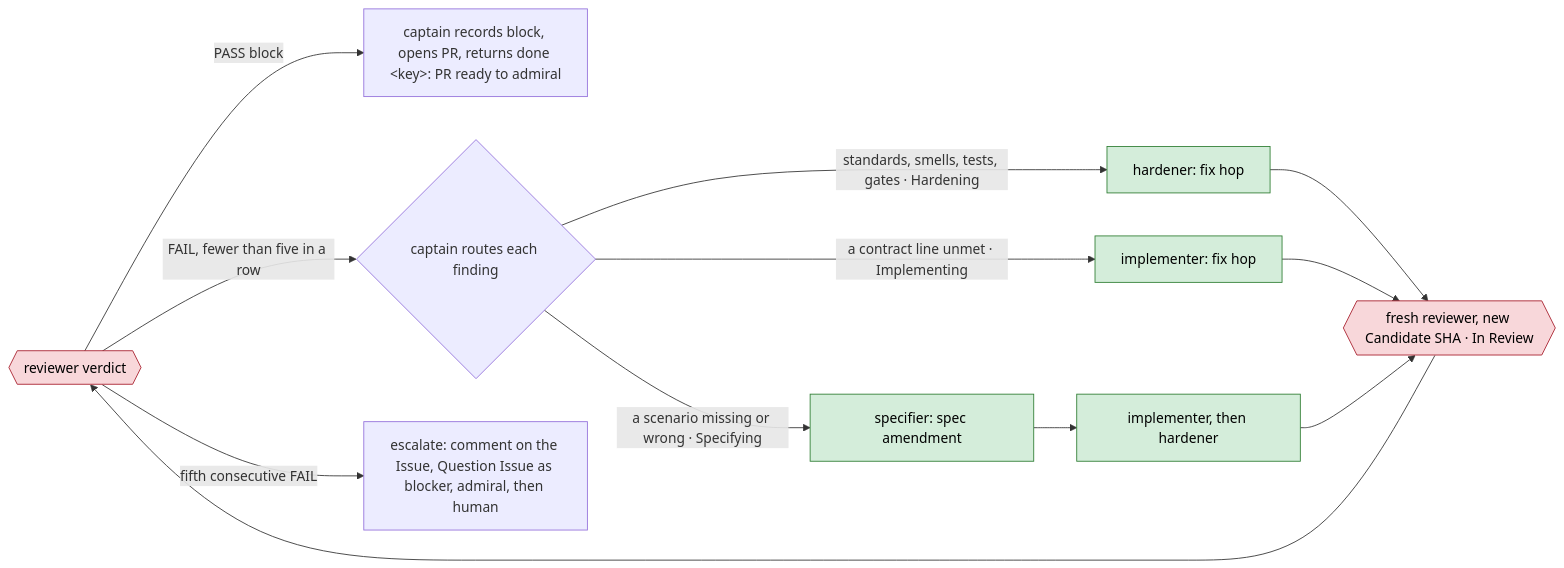
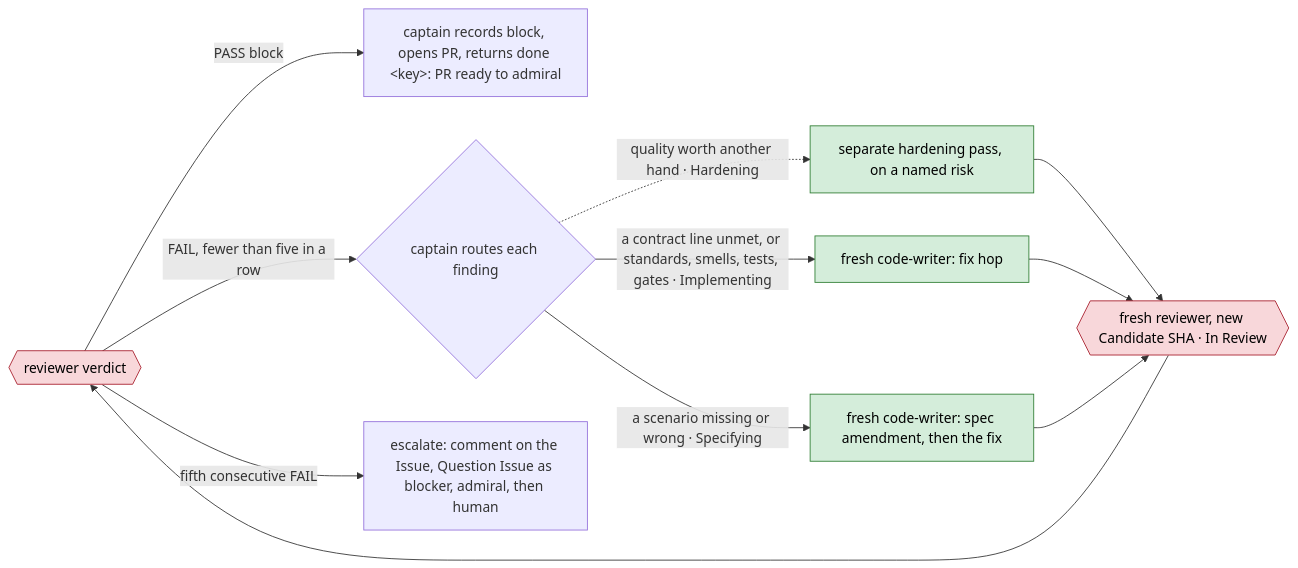
Before and after one commit to bodnarbalazs/dydo: the sixth of 12 diagrams in dydo/understand/control-flow.md, drawn with Mermaid. The commit also changed other lines of this file and 43 other files, not shown here.

First line of the commit message:
DYD-222 implement: consolidate specifier, implementer and hardener into one code-writer skill

````diff
--- a/dydo/understand/control-flow.md
+++ b/dydo/understand/control-flow.md
@@ -460,16 +460,15 @@
 ```mermaid
 flowchart LR
   classDef worker fill:#d4edda,stroke:#2e7d32,color:#000
   classDef reviewer fill:#f8d7da,stroke:#a71d2a,color:#000
   RV{{reviewer verdict}}:::reviewer -->|PASS block| OK[captain records block, opens PR, returns done &lt;key&gt;: PR ready to admiral]
   RV -->|"FAIL, fewer than five in a row"| RT{captain routes each finding}
-  RT -->|"standards, smells, tests, gates · Hardening"| HD[hardener: fix hop]:::worker
-  RT -->|"a contract line unmet · Implementing"| IM[implementer: fix hop]:::worker
-  RT -->|"a scenario missing or wrong · Specifying"| SP[specifier: spec amendment]:::worker
-  SP --> IM2[implementer, then hardener]:::worker
+  RT -->|"a contract line unmet, or standards, smells, tests, gates · Implementing"| IM[fresh code-writer: fix hop]:::worker
+  RT -->|"a scenario missing or wrong · Specifying"| SP[fresh code-writer: spec amendment, then the fix]:::worker
+  RT -.->|"quality worth another hand · Hardening"| HD[separate hardening pass, on a named risk]:::worker
   HD --> FR{{fresh reviewer, new Candidate SHA · In Review}}:::reviewer
   IM --> FR
-  IM2 --> FR
+  SP --> FR
   FR --> RV
   RV -->|fifth consecutive FAIL| ESC[escalate: comment on the Issue, Question Issue as blocker, admiral, then human]
 ```
````
